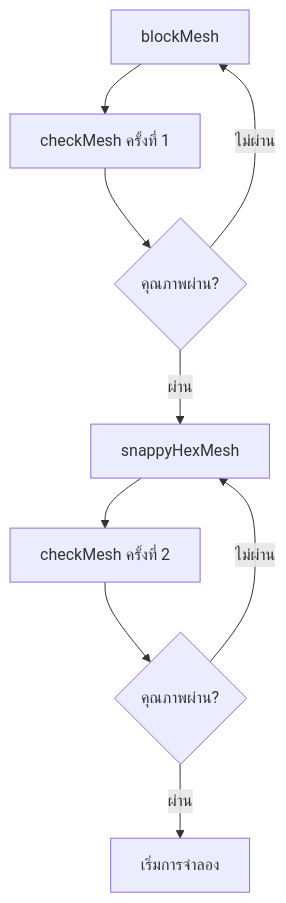
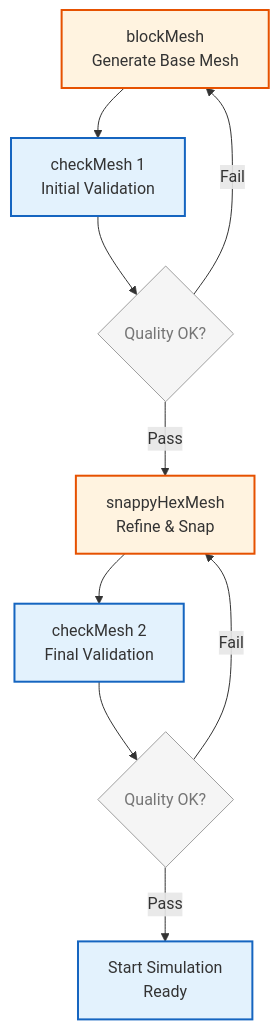
Before and after one commit to wramet/build-my-cfd: the first of 2 diagrams in MODULE_07_UTILITIES_AUTOMATION/CONTENT/08_EXPERT_UTILITIES/08_Best_Practices.md, drawn with Mermaid. The commit also changed other lines of this file and 313 other files, not shown here.

Commit message:
Revise all diagram

````diff
--- a/MODULE_07_UTILITIES_AUTOMATION/CONTENT/08_EXPERT_UTILITIES/08_Best_Practices.md
+++ b/MODULE_07_UTILITIES_AUTOMATION/CONTENT/08_EXPERT_UTILITIES/08_Best_Practices.md
@@ -50,11 +50,24 @@
 ```mermaid
 flowchart TD
-    A[blockMesh] --> B[checkMesh ครั้งที่ 1]
-    B --> C{คุณภาพผ่าน?}
-    C -->|ผ่าน| D[snappyHexMesh]
-    C -->|ไม่ผ่าน| A
-    D --> E[checkMesh ครั้งที่ 2]
-    E --> F{คุณภาพผ่าน?}
-    F -->|ผ่าน| G[เริ่มการจำลอง]
-    F -->|ไม่ผ่าน| D
+%% Classes
+classDef explicit fill:#fff3e0,stroke:#e65100,stroke-width:2px;
+classDef implicit fill:#e3f2fd,stroke:#1565c0,stroke-width:2px;
+classDef context fill:#f5f5f5,stroke:#9e9e9e,stroke-width:1px,color:#757575;
+%% Nodes
+A[blockMesh<br/>Generate Base Mesh]:::explicit
+B[checkMesh 1<br/>Initial Validation]:::implicit
+C{Quality OK?}:::context
+D[snappyHexMesh<br/>Refine & Snap]:::explicit
+E[checkMesh 2<br/>Final Validation]:::implicit
+F{Quality OK?}:::context
+G[Start Simulation<br/>Ready]:::implicit
+%% Edges
+A --> B
+B --> C
+C -->|Pass| D
+C -->|Fail| A
+D --> E
+E --> F
+F -->|Pass| G
+F -->|Fail| D
 ```
````
